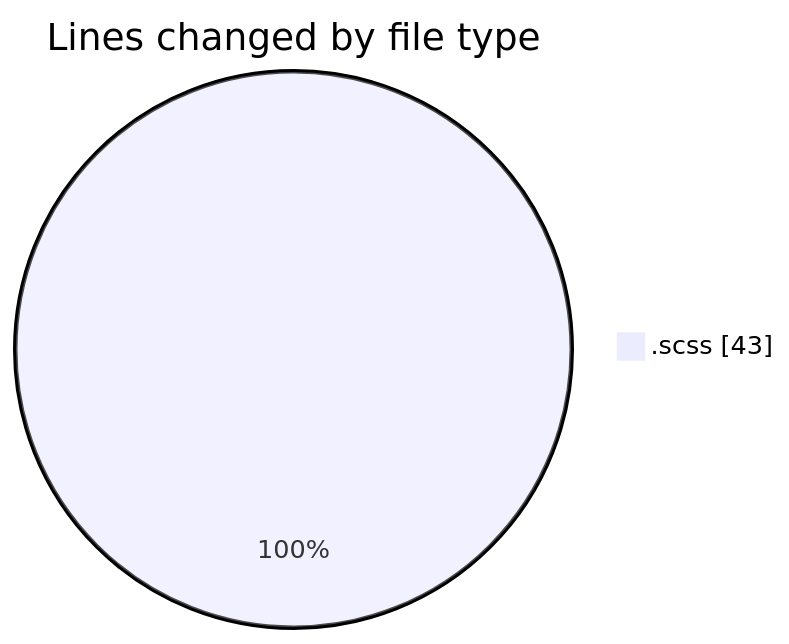
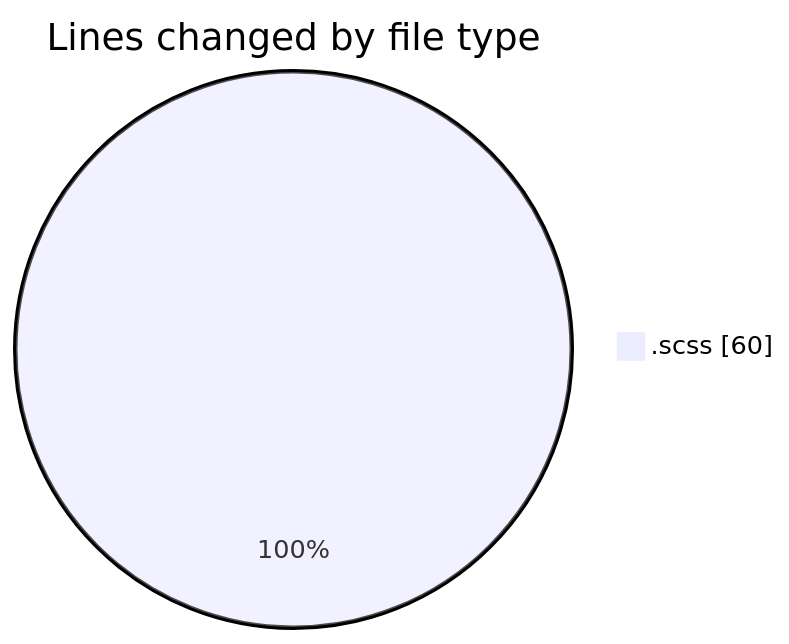
The first of 2 diagrams in 2025-03-04/cda/README.md (momahboobian/code-tracking), drawn with Mermaid before and after one commit. The commit also changed other lines of this file and 1 other file, not shown here.

````diff
--- a/2025-03-04/cda/README.md
+++ b/2025-03-04/cda/README.md
@@ -20,5 +21,5 @@
 ```mermaid
 pie showData
 title Lines changed by file type
-".scss" : 43
+".scss" : 60
 ```
````
